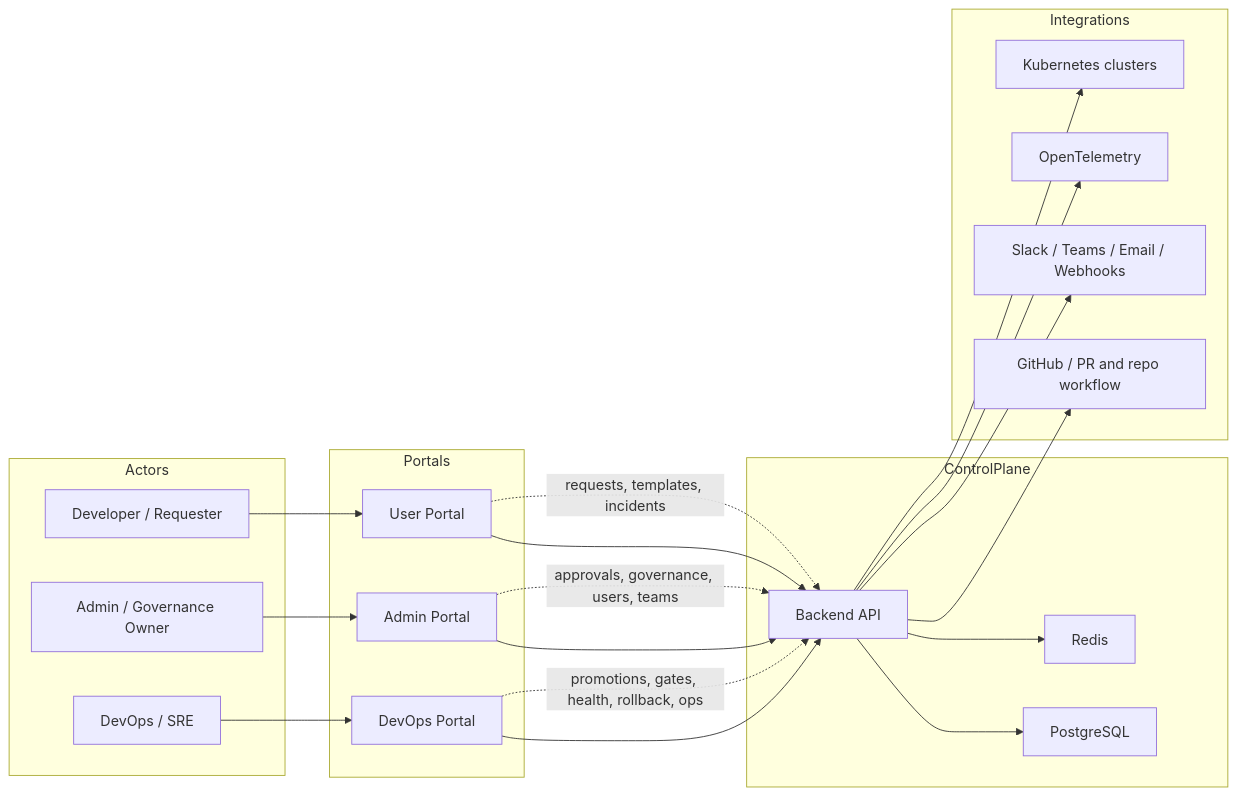
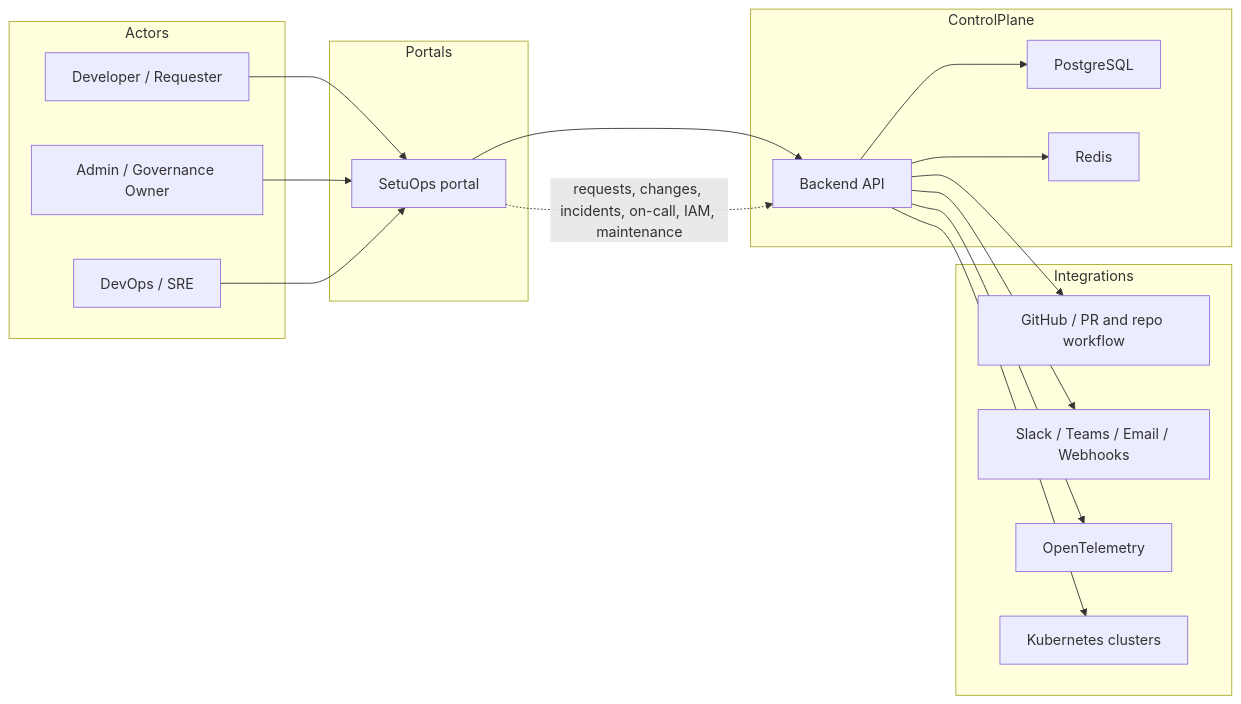
The first of 4 diagrams in docs/ARCHITECTURE.md (shashank3656/devops_project), drawn with Mermaid before and after one commit. The commit also changed other lines of this file and 11 other files, not shown here.

````diff
--- a/docs/ARCHITECTURE.md
+++ b/docs/ARCHITECTURE.md
@@ -20,46 +20,40 @@
 ```mermaid
 flowchart LR
     subgraph Actors
         Dev["Developer / Requester"]
         AdminUser["Admin / Governance Owner"]
         SRE["DevOps / SRE"]
     end
 
     subgraph Portals
-        UserPortal["User Portal"]
-        AdminPortal["Admin Portal"]
-        DevOpsPortal["DevOps Portal"]
+        DevOpsPortal["SetuOps portal"]
     end
 
     subgraph ControlPlane
         API["Backend API"]
         DB["PostgreSQL"]
         Redis["Redis"]
     end
 
     subgraph Integrations
         GitHub["GitHub / PR and repo workflow"]
         Notify["Slack / Teams / Email / Webhooks"]
         OTel["OpenTelemetry"]
         K8s["Kubernetes clusters"]
     end
 
-    Dev --> UserPortal
-    AdminUser --> AdminPortal
+    Dev --> DevOpsPortal
+    AdminUser --> DevOpsPortal
     SRE --> DevOpsPortal
 
-    UserPortal --> API
-    AdminPortal --> API
     DevOpsPortal --> API
 
     API --> DB
     API --> Redis
     API --> GitHub
     API --> Notify
     API --> OTel
     API --> K8s
 
-    UserPortal -. "requests, templates, incidents" .-> API
-    AdminPortal -. "approvals, governance, users, teams" .-> API
-    DevOpsPortal -. "promotions, gates, health, rollback, ops" .-> API
+    DevOpsPortal -. "requests, changes, incidents, on-call, IAM, maintenance" .-> API
 ```
````
